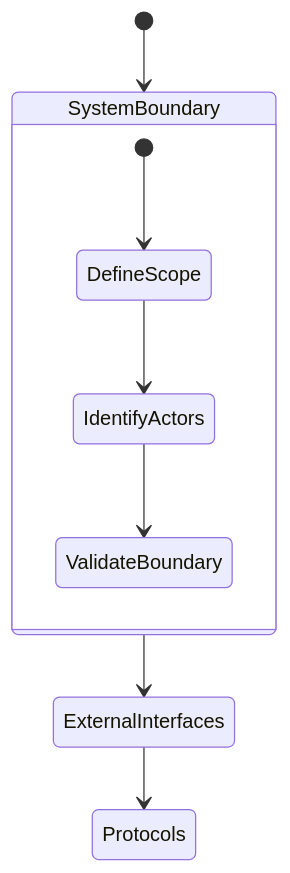
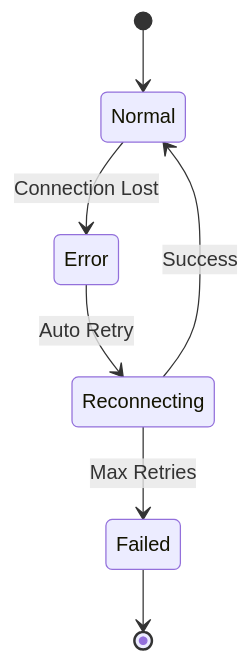
The fourth of 39 diagrams in docs/design/classes/core/networks/websocket/machine/v10/governance/design.process.outline.md (zhifengzhang-sz/qi-v2-dp), drawn with Mermaid before and after one commit. The commit also changed other lines of this file and 3 other files, not shown here.

````diff
--- a/docs/design/classes/core/networks/websocket/machine/v10/governance/design.process.outline.md
+++ b/docs/design/classes/core/networks/websocket/machine/v10/governance/design.process.outline.md
@@ -6,12 +126,9 @@
 ```mermaid
 stateDiagram-v2
-    [*] --> SystemBoundary
-    SystemBoundary --> ExternalInterfaces
-    ExternalInterfaces --> Protocols
-    
-    state SystemBoundary {
-        [*] --> DefineScope
-        DefineScope --> IdentifyActors
-        IdentifyActors --> ValidateBoundary
-    }
+    [*] --> Normal
+    Normal --> Error: Connection Lost
+    Error --> Reconnecting: Auto Retry
+    Reconnecting --> Normal: Success
+    Reconnecting --> Failed: Max Retries
+    Failed --> [*]
 ```
````
